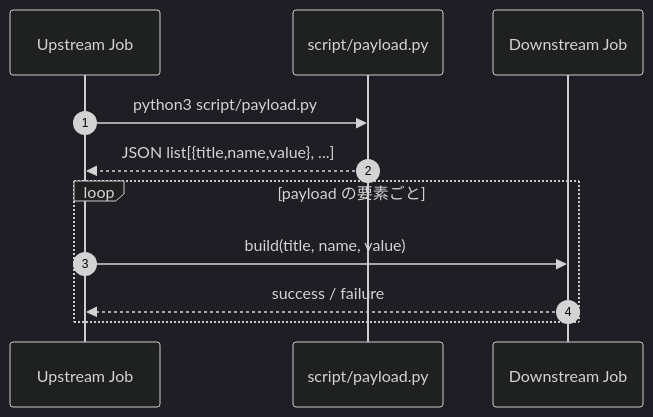
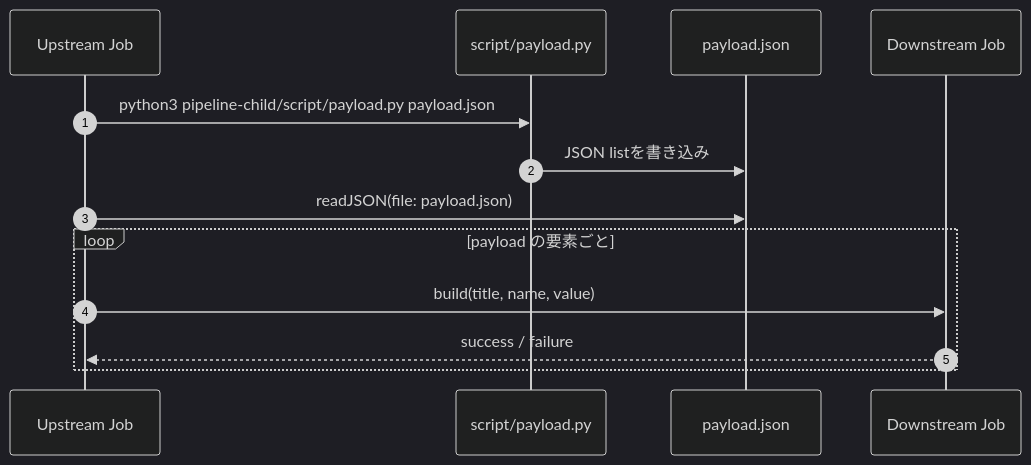
Before and after one commit to arakkkkk/practice-jenkins: the diagram in pipeline-child/README.md, drawn with Mermaid (dark theme). The commit also changed other lines of this file and 7 other files, not shown here.

````diff
--- a/pipeline-child/README.md
+++ b/pipeline-child/README.md
@@ -22,14 +22,16 @@
 ```mermaid
 sequenceDiagram
     autonumber
     participant U as Upstream Job
     participant P as script/payload.py
+    participant F as payload.json
     participant D as Downstream Job
 
-    U->>P: python3 script/payload.py
-    P-->>U: JSON list[{title,name,value}, ...]
+    U->>P: python3 pipeline-child/script/payload.py payload.json
+    P->>F: JSON listを書き込み
+    U->>F: readJSON(file: payload.json)
     loop payload の要素ごと
         U->>D: build(title, name, value)
         D-->>U: success / failure
     end
 ```
````
